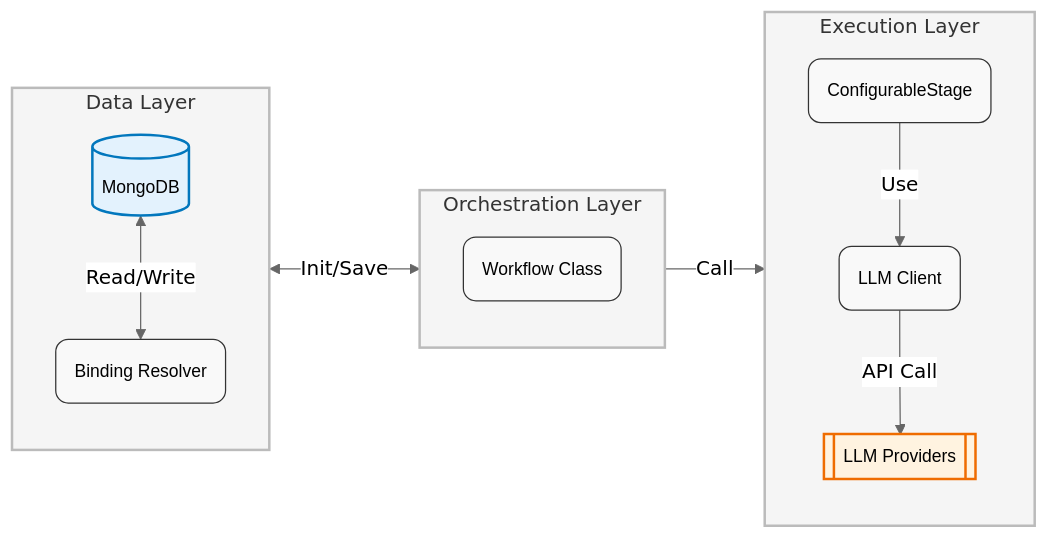
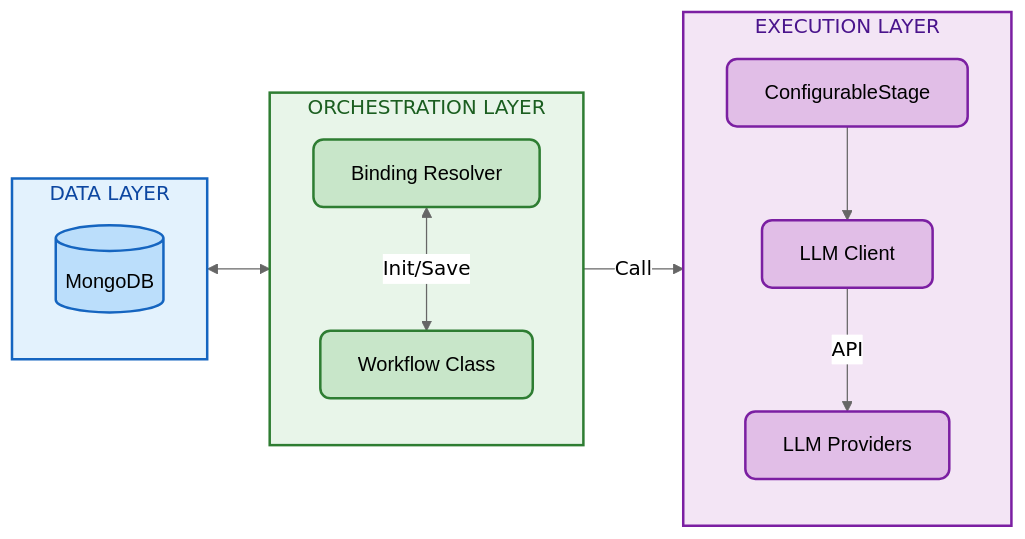
One commit to ProxRick/easy-scaffold changed the diagram in README.md. Above: the diagram before and after it, drawn with Mermaid (neutral theme).

Commit message:
Update architecture diagram to match visual reference (Blue/Green/Purple layers)

````diff
--- a/README.md
+++ b/README.md
@@ -159,40 +159,62 @@
 ```mermaid
 graph LR
-    %% Styling for rounded boxes and fonts
-    classDef default fill:#f9f9f9,stroke:#333,stroke-width:1px,rx:10,ry:10,font-family:Arial,font-size:14px;
-    classDef db fill:#e3f2fd,stroke:#0277bd,stroke-width:2px,rx:5,ry:5;
-    classDef provider fill:#fff3e0,stroke:#ef6c00,stroke-width:2px,rx:5,ry:5;
-    classDef layer fill:#fff,stroke:#ddd,stroke-width:2px,stroke-dasharray: 5 5;
+    %% Global Graph Settings
+    %% Layout: Horizontal Layers, Vertical Stacks inside
 
-    subgraph Data_Layer [Data Layer]
+    %% ------------------------------
+    %% STYLING CLASSES
+    %% ------------------------------
+    classDef default fill:#fff,stroke:#333,stroke-width:1px,rx:8,ry:8,font-family:Arial;
+    
+    %% Layer Backgrounds (Title Boxes)
+    classDef dataLayer fill:#e3f2fd,stroke:#1565c0,stroke-width:2px,color:#0d47a1;
+    classDef orchLayer fill:#e8f5e9,stroke:#2e7d32,stroke-width:2px,color:#1b5e20;
+    classDef execLayer fill:#f3e5f5,stroke:#7b1fa2,stroke-width:2px,color:#4a148c;
+
+    %% Node Styles (Inner Boxes)
+    classDef dbNode fill:#bbdefb,stroke:#1565c0,stroke-width:2px,color:#000;
+    classDef orchNode fill:#c8e6c9,stroke:#2e7d32,stroke-width:2px,color:#000;
+    classDef execNode fill:#e1bee7,stroke:#7b1fa2,stroke-width:2px,color:#000;
+
+    %% ------------------------------
+    %% LAYERS
+    %% ------------------------------
+    
+    subgraph Data_Layer [DATA LAYER]
         direction TB
-        DB[(MongoDB)]:::db
-        Binding(Binding Resolver)
+        DB[("MongoDB")]:::dbNode
     end
 
-    subgraph Orchestration_Layer [Orchestration Layer]
+    subgraph Orchestration_Layer [ORCHESTRATION LAYER]
         direction TB
-        Workflow(Workflow Class)
+        Binding["Binding Resolver"]:::orchNode
+        Workflow["Workflow Class"]:::orchNode
+        
+        %% Internal Orchestration Flow
+        Binding <-->|Init/Save| Workflow
     end
 
-    subgraph Execution_Layer [Execution Layer]
+    subgraph Execution_Layer [EXECUTION LAYER]
         direction TB
-        Stage(ConfigurableStage)
-        Client(LLM Client)
-        Providers[[LLM Providers]]:::provider
+        Stage["ConfigurableStage"]:::execNode
+        Client["LLM Client"]:::execNode
+        Providers["LLM Providers"]:::execNode
+        
+        %% Internal Execution Flow
+        Stage --> Client
+        Client -->|API| Providers
     end
 
-    %% Data Flow
-    DB <-->|Read/Write| Binding
-    Binding <-->|Init/Save| Workflow
+    %% ------------------------------
+    %% CROSS-LAYER CONNECTIONS
+    %% ------------------------------
+    DB <--> Binding
+    Workflow -->|Call| Stage
 
-    %% Execution Flow
-    Workflow -->|Call| Stage
-    Stage -->|Use| Client
-    Client -->|API Call| Providers
-
-    %% Apply Layer Styles
-    style Data_Layer fill:#f5f5f5,stroke:#bbb,stroke-width:2px
-    style Orchestration_Layer fill:#f5f5f5,stroke:#bbb,stroke-width:2px
-    style Execution_Layer fill:#f5f5f5,stroke:#bbb,stroke-width:2px
+    %% ------------------------------
+    %% APPLY LAYER STYLES
+    %% ------------------------------
+    class Data_Layer dataLayer
+    class Orchestration_Layer orchLayer
+    class Execution_Layer execLayer
 ```
````
